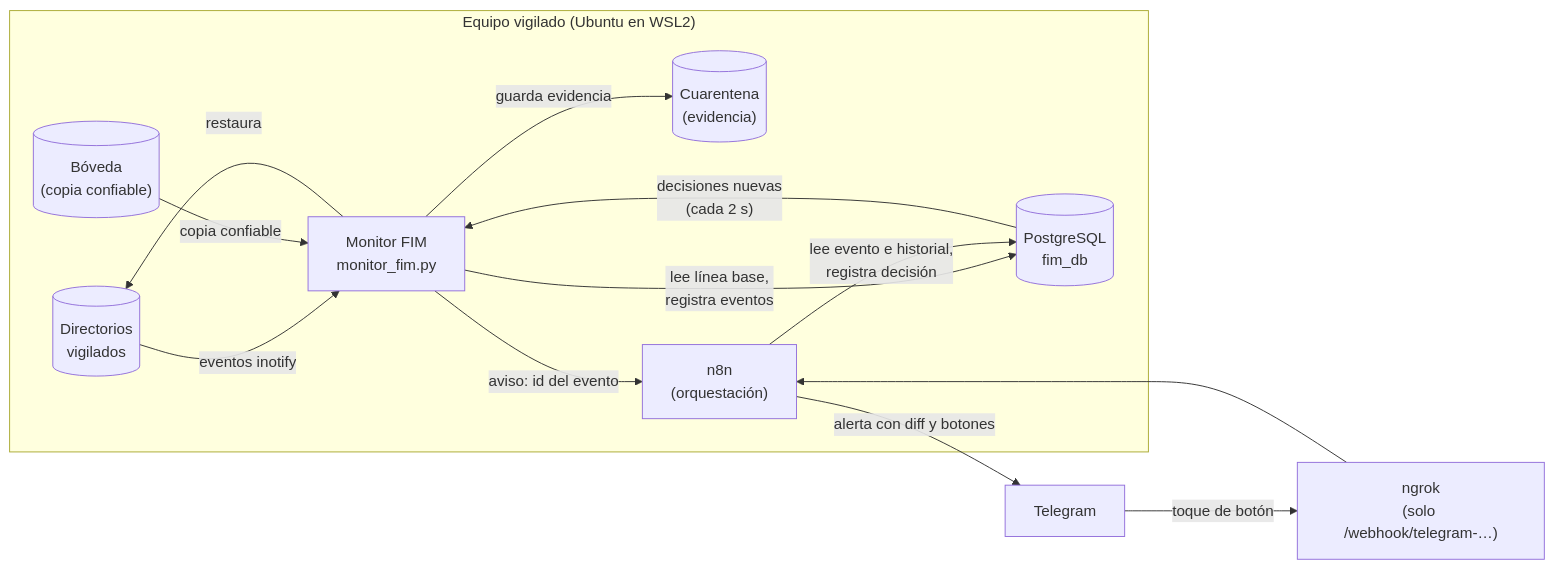
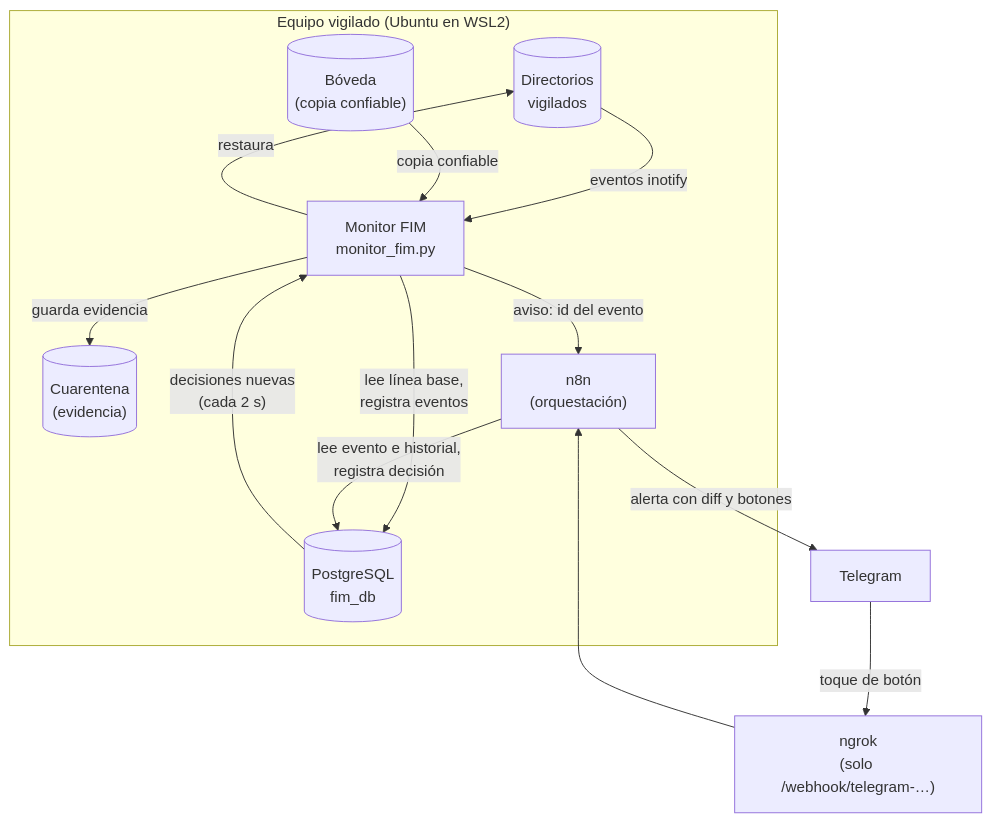
Before and after one commit to noguerolrodrigo/TFI-FIM-Integridad-Archivos: the diagram in docs/informe/04_desarrollo.md, drawn with Mermaid. The commit also changed 1 other file, not shown here.

Commit message:
Agrega la Figura 4.1 renderizada (arquitectura) y pasa el diagrama a vertical
PNG generado con mermaid-cli desde el bloque Mermaid del Capítulo 4. El
diagrama pasa de izquierda-derecha a arriba-abajo porque en una hoja A4
vertical el horizontal quedaba de 6 cm de alto con el texto ilegible.

````diff
--- a/docs/informe/04_desarrollo.md
+++ b/docs/informe/04_desarrollo.md
@@ -48,24 +48,24 @@
 ```mermaid
-flowchart LR
+flowchart TB
     subgraph Equipo["Equipo vigilado (Ubuntu en WSL2)"]
         D[("Directorios<br/>vigilados")]
         M["Monitor FIM<br/>monitor_fim.py"]
         B[("Bóveda<br/>(copia confiable)")]
         C[("Cuarentena<br/>(evidencia)")]
         P[("PostgreSQL<br/>fim_db")]
         N["n8n<br/>(orquestación)"]
     end
     T["Telegram"]
     G["ngrok<br/>(solo /webhook/telegram-…)"]
 
     D -- "eventos inotify" --> M
     M -- "lee línea base,<br/>registra eventos" --> P
     M -- "restaura" --> D
     B -- "copia confiable" --> M
     M -- "guarda evidencia" --> C
     M -- "aviso: id del evento" --> N
     N -- "lee evento e historial,<br/>registra decisión" --> P
     N -- "alerta con diff y botones" --> T
     T -- "toque de botón" --> G --> N
     P -- "decisiones nuevas<br/>(cada 2 s)" --> M
 ```
````
